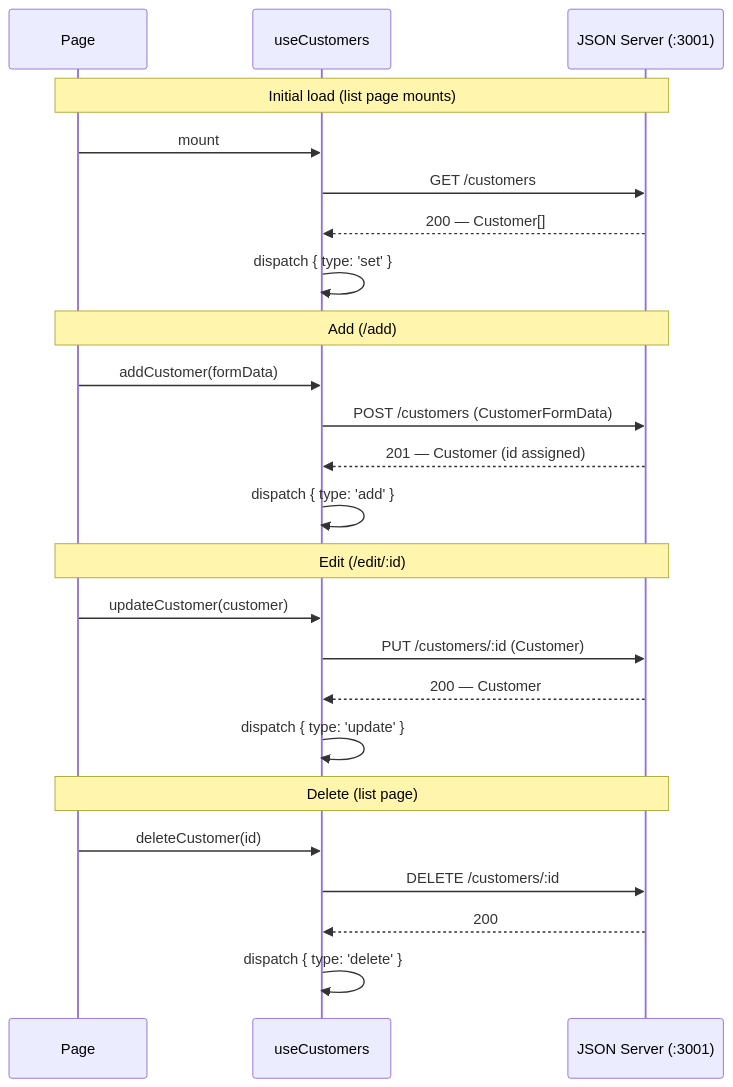
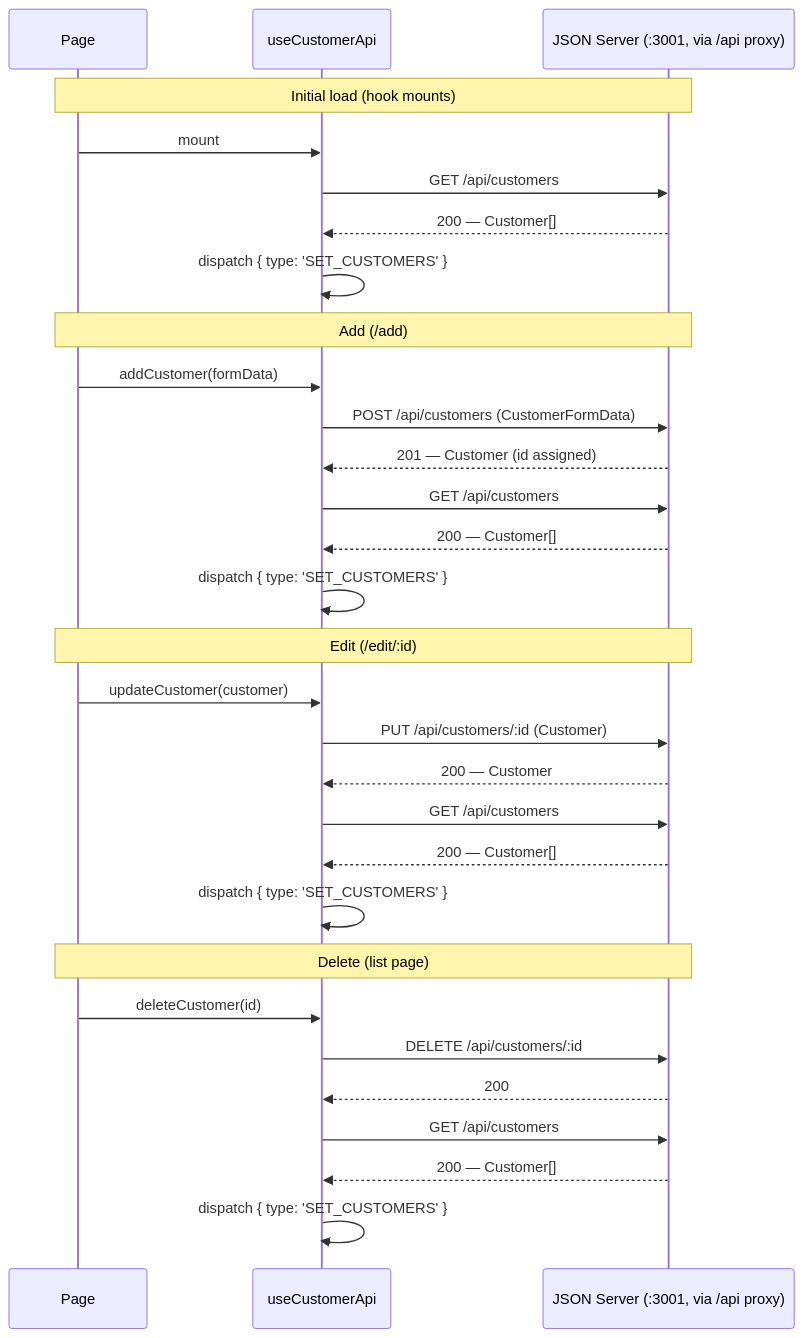
Before and after one commit to das77/fsep-cap2-cma-app: the third of 3 diagrams in customer-app/docs/ARCHITECTURE.md, drawn with Mermaid. The commit also changed other lines of this file and 2 other files, not shown here.

Commit message:
feat: Update documentation to reflect full CRUD implementation and form validation details

````diff
--- a/customer-app/docs/ARCHITECTURE.md
+++ b/customer-app/docs/ARCHITECTURE.md
@@ -79,30 +93,36 @@
 ```mermaid
 sequenceDiagram
     participant P as Page
-    participant H as useCustomers
-    participant S as JSON Server (:3001)
+    participant H as useCustomerApi
+    participant S as JSON Server (:3001, via /api proxy)
 
-    Note over P,S: Initial load (list page mounts)
+    Note over P,S: Initial load (hook mounts)
     P->>H: mount
-    H->>S: GET /customers
+    H->>S: GET /api/customers
     S-->>H: 200 — Customer[]
-    H->>H: dispatch { type: 'set' }
+    H->>H: dispatch { type: 'SET_CUSTOMERS' }
 
     Note over P,S: Add (/add)
     P->>H: addCustomer(formData)
-    H->>S: POST /customers (CustomerFormData)
+    H->>S: POST /api/customers (CustomerFormData)
     S-->>H: 201 — Customer (id assigned)
-    H->>H: dispatch { type: 'add' }
+    H->>S: GET /api/customers
+    S-->>H: 200 — Customer[]
+    H->>H: dispatch { type: 'SET_CUSTOMERS' }
 
     Note over P,S: Edit (/edit/:id)
     P->>H: updateCustomer(customer)
-    H->>S: PUT /customers/:id (Customer)
+    H->>S: PUT /api/customers/:id (Customer)
     S-->>H: 200 — Customer
-    H->>H: dispatch { type: 'update' }
+    H->>S: GET /api/customers
+    S-->>H: 200 — Customer[]
+    H->>H: dispatch { type: 'SET_CUSTOMERS' }
 
     Note over P,S: Delete (list page)
     P->>H: deleteCustomer(id)
-    H->>S: DELETE /customers/:id
+    H->>S: DELETE /api/customers/:id
     S-->>H: 200
-    H->>H: dispatch { type: 'delete' }
+    H->>S: GET /api/customers
+    S-->>H: 200 — Customer[]
+    H->>H: dispatch { type: 'SET_CUSTOMERS' }
 ```
````
